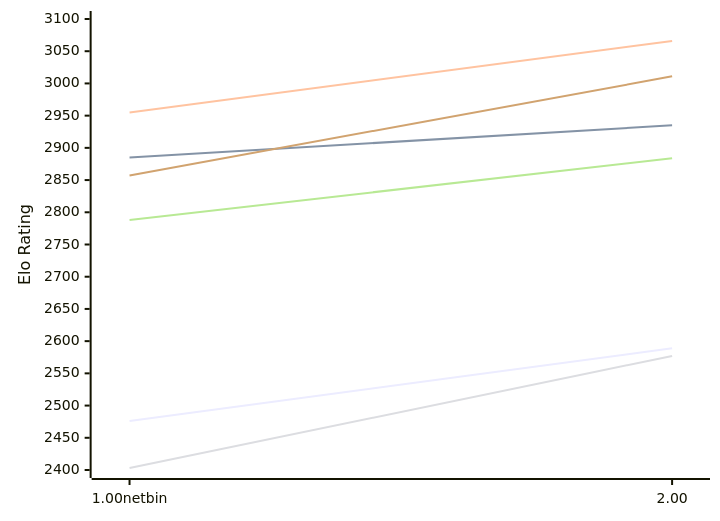
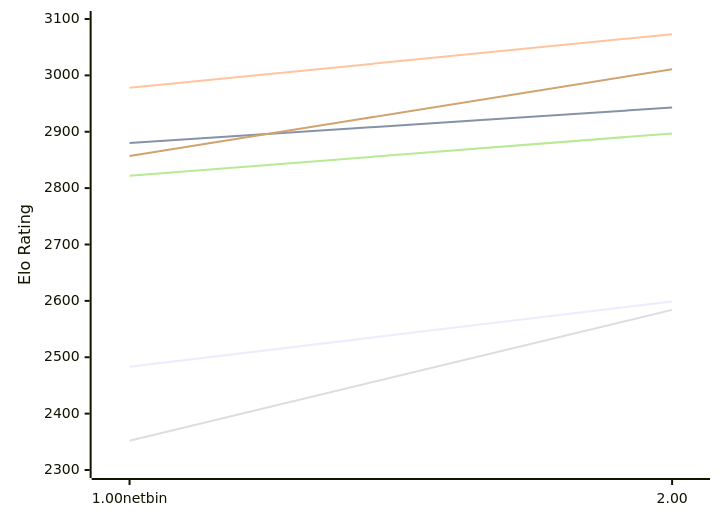
Before and after one commit to computer-chess-index/cci: the first of 2 diagrams in engines/Gilipol.md, drawn with Mermaid. The commit also changed other lines of this file, not shown here.

Commit message:
Update CCI Ratings (ELO VLTC) - 2026-11-16

````diff
--- a/engines/Gilipol.md
+++ b/engines/Gilipol.md
@@ -51,12 +51,12 @@
 ```mermaid
 %%{init: {"theme":"base","themeVariables":{"seriesColors:['#a3a3a3','#222221','#faa371']}}}%%
 xychart-beta
   x-axis ["1.00netbin", "2.00"]
-  y-axis "Elo Rating" 2400 --> 3100
-  line "E1: STC (8.0+0.08s)" [2476, 2589]
-  line "E1: LTC (60.0+0.60s)" [2885, 2935]
-  line "E1: VLTC (2m24s+1.12s)" [2955, 3066]
-  line "P1: STC (8.0+0.08s)" [2403, 2577]
-  line "P1: LTC (60.0+0.60s)" [2788, 2884]
+  y-axis "Elo Rating" 2300 --> 3100
+  line "E1: STC (8.0+0.08s)" [2483, 2599]
+  line "E1: LTC (60.0+0.60s)" [2880, 2943]
+  line "E1: VLTC (2m24s+1.12s)" [2978, 3073]
+  line "P1: STC (8.0+0.08s)" [2352, 2584]
+  line "P1: LTC (60.0+0.60s)" [2822, 2897]
   line "P1: VLTC (2m24s+1.12s)" [2857, 3011]
 ```
````
